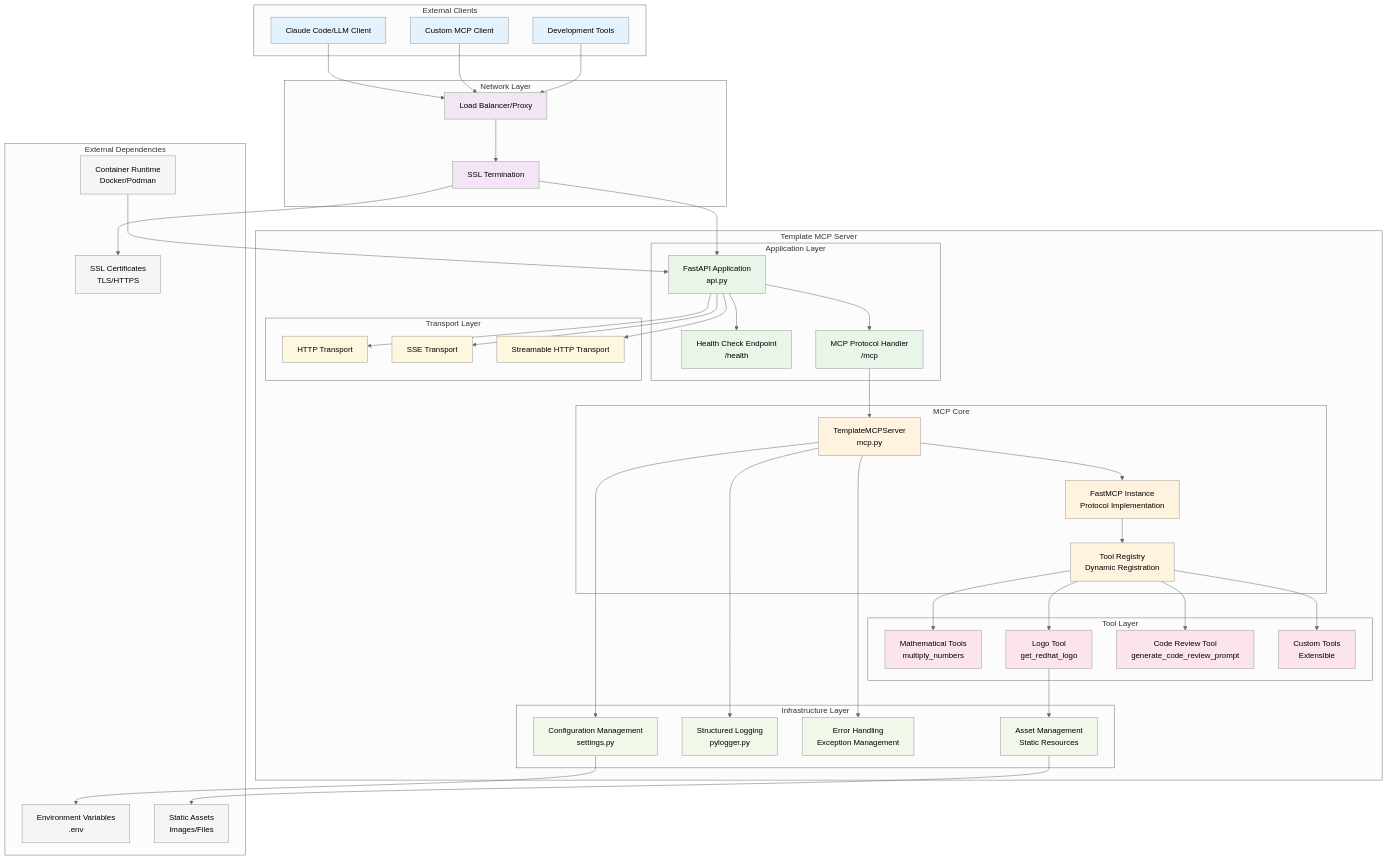
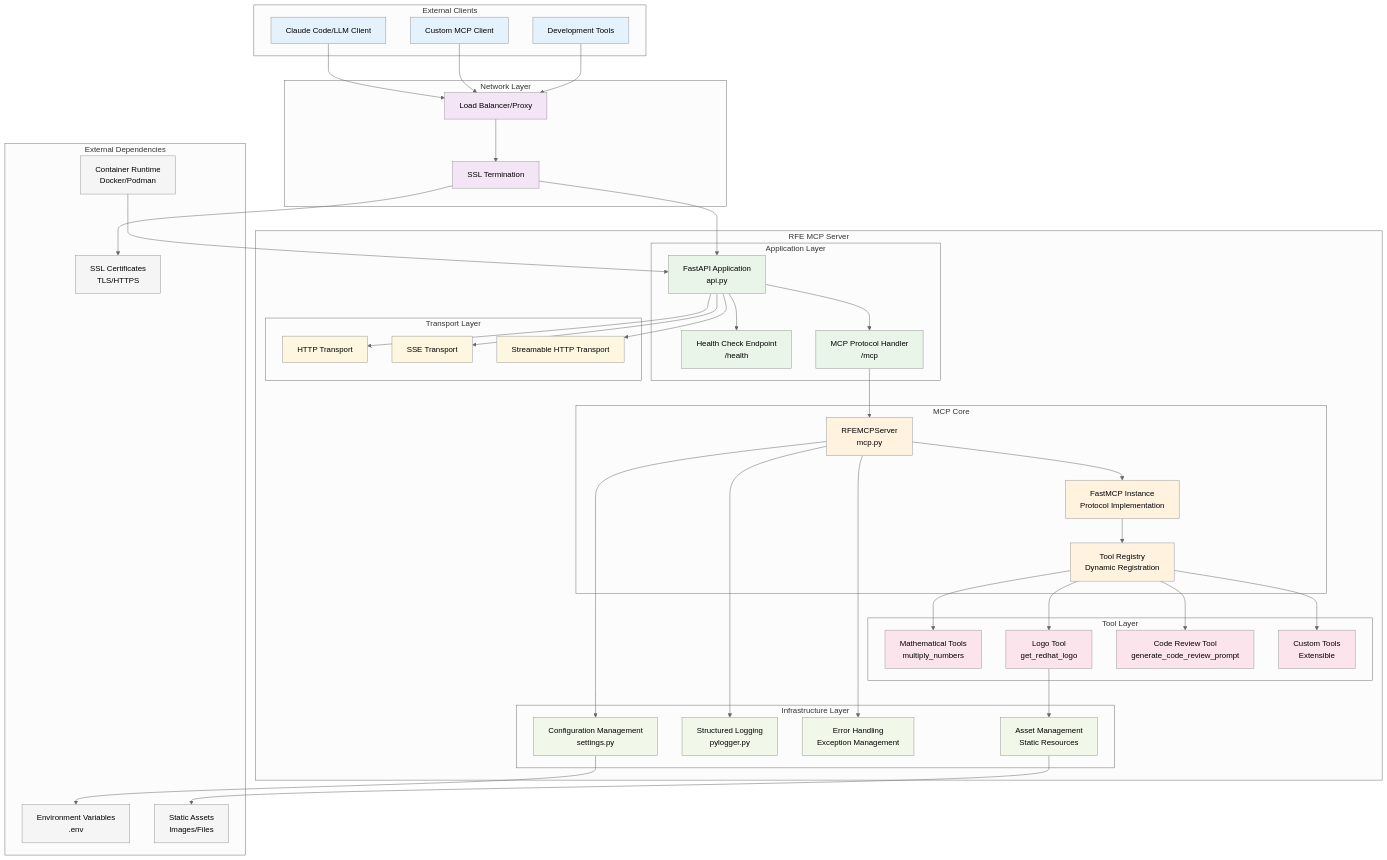
The first of 2 diagrams in docs/architecture.md (redhat-data-and-ai/template-mcp-server), drawn with Mermaid (neutral theme) before and after one commit. The commit also changed other lines of this file and 70 other files, not shown here.

Commit message:
[RSPEED-2759]Revise codebase for RFE MCP Server

```diff
--- a/docs/architecture.md
+++ b/docs/architecture.md
@@ -15,7 +15,7 @@
         E[SSL Termination]
     end
 
-    subgraph "Template MCP Server"
+    subgraph "RFE MCP Server"
         subgraph "Application Layer"
             F[FastAPI Application<br/>api.py]
             G[Health Check Endpoint<br/>/health]
@@ -23,7 +23,7 @@
         end
 
         subgraph "MCP Core"
-            I[TemplateMCPServer<br/>mcp.py]
+            I[RFEMCPServer<br/>mcp.py]
             J[FastMCP Instance<br/>Protocol Implementation]
             K[Tool Registry<br/>Dynamic Registration]
         end
```
